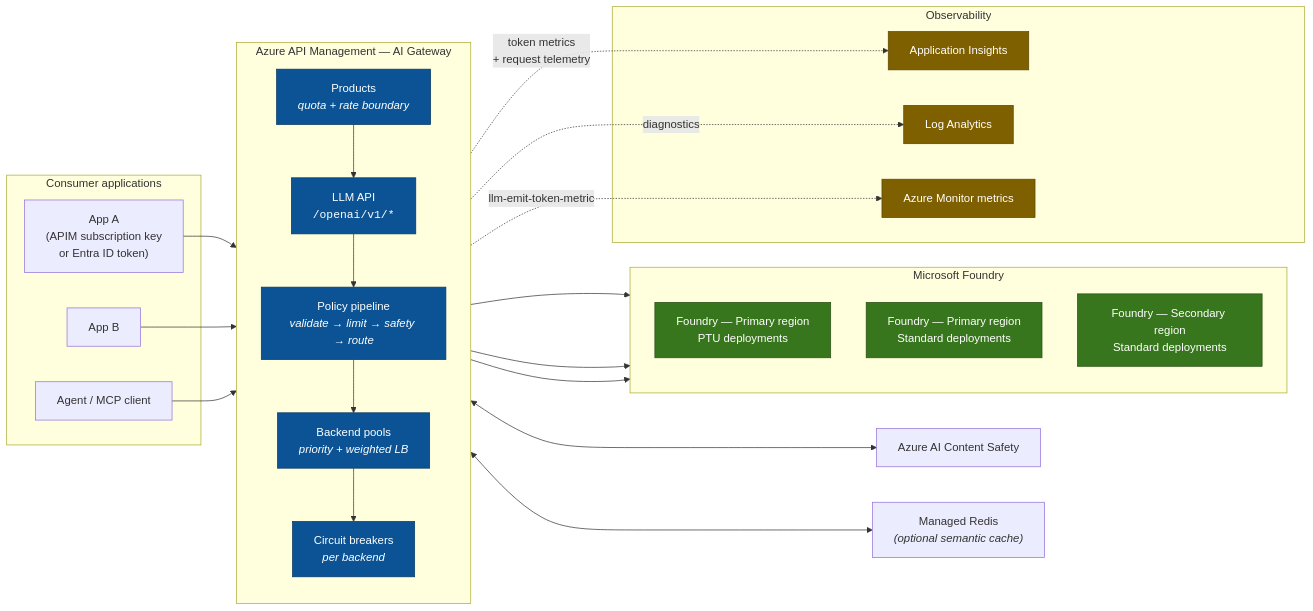
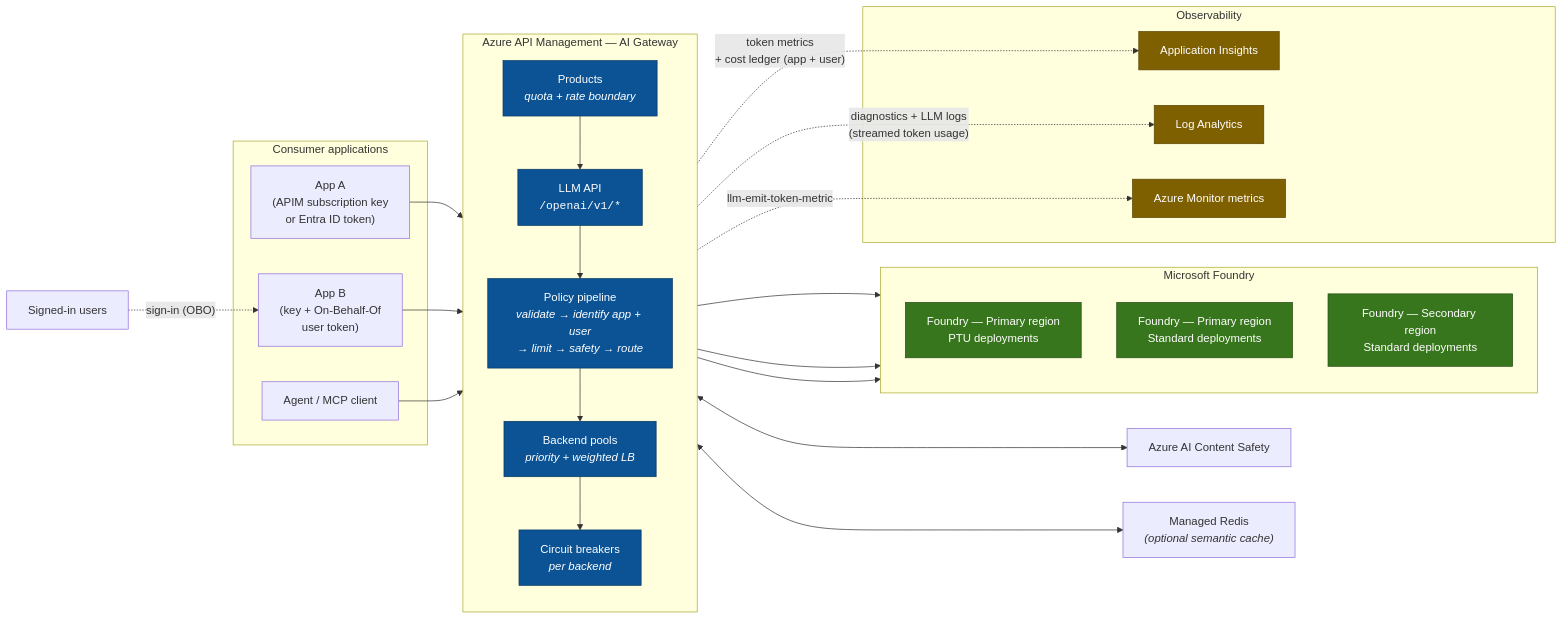
One commit to muazuisah/azure-ai-gateway-cost-attribution changed the first of 10 diagrams in docs/architecture.md. Above: the diagram before and after it, drawn with Mermaid. The commit also changed other lines of this file and 31 other files, not shown here.

First line of the commit message:
Add per-user cost attribution via On-Behalf-Of tokens (#11)

````diff
--- a/docs/architecture.md
+++ b/docs/architecture.md
@@ -49,51 +49,54 @@
 ```mermaid
 flowchart LR
+    USR["Signed-in users"]
+
     subgraph Consumers["Consumer applications"]
         A1["App A<br/>(APIM subscription key<br/>or Entra ID token)"]
-        A2["App B"]
+        A2["App B<br/>(key + On-Behalf-Of<br/>user token)"]
         A3["Agent / MCP client"]
     end
 
     subgraph APIM["Azure API Management — AI Gateway"]
         direction TB
         PROD["Products<br/><i>quota + rate boundary</i>"]
         API["LLM API<br/><code>/openai/v1/*</code>"]
-        POL["Policy pipeline<br/><i>validate → limit → safety → route</i>"]
+        POL["Policy pipeline<br/><i>validate → identify app + user<br/>→ limit → safety → route</i>"]
         POOL["Backend pools<br/><i>priority + weighted LB</i>"]
         CB["Circuit breakers<br/><i>per backend</i>"]
     end
 
     subgraph Foundry["Microsoft Foundry"]
         direction TB
         F1["Foundry — Primary region<br/>PTU deployments"]
         F2["Foundry — Primary region<br/>Standard deployments"]
         F3["Foundry — Secondary region<br/>Standard deployments"]
     end
 
     subgraph Obs["Observability"]
         AI["Application Insights"]
         LAW["Log Analytics"]
         MET["Azure Monitor metrics"]
     end
 
     CS["Azure AI Content Safety"]
     REDIS["Managed Redis<br/><i>(optional semantic cache)</i>"]
 
+    USR -. "sign-in (OBO)" .-> A2
     A1 & A2 & A3 --> PROD --> API --> POL
     POL <--> CS
     POL <--> REDIS
     POL --> POOL --> CB
     CB --> F1
     CB --> F2
     CB --> F3
-    POL -. "token metrics<br/>+ request telemetry" .-> AI
-    APIM -. "diagnostics" .-> LAW
+    POL -. "token metrics<br/>+ cost ledger (app + user)" .-> AI
+    APIM -. "diagnostics + LLM logs<br/>(streamed token usage)" .-> LAW
     POL -. "llm-emit-token-metric" .-> MET
 
     classDef gw fill:#0b5394,stroke:#073763,color:#fff
     classDef fnd fill:#38761d,stroke:#274e13,color:#fff
     classDef obs fill:#7f6000,stroke:#5b4500,color:#fff
     class PROD,API,POL,POOL,CB gw
     class F1,F2,F3 fnd
     class AI,LAW,MET obs
 ```
````
